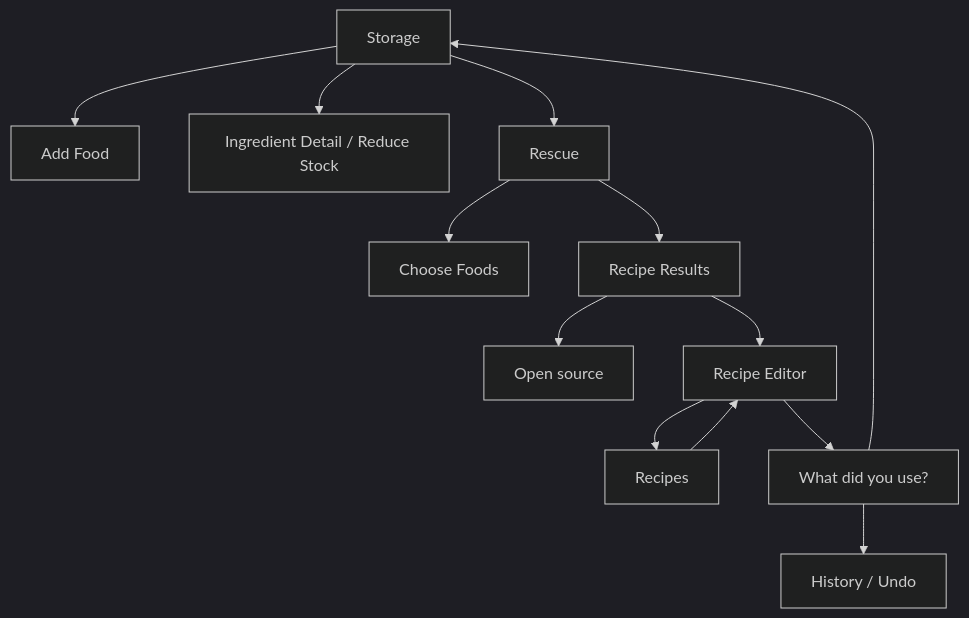
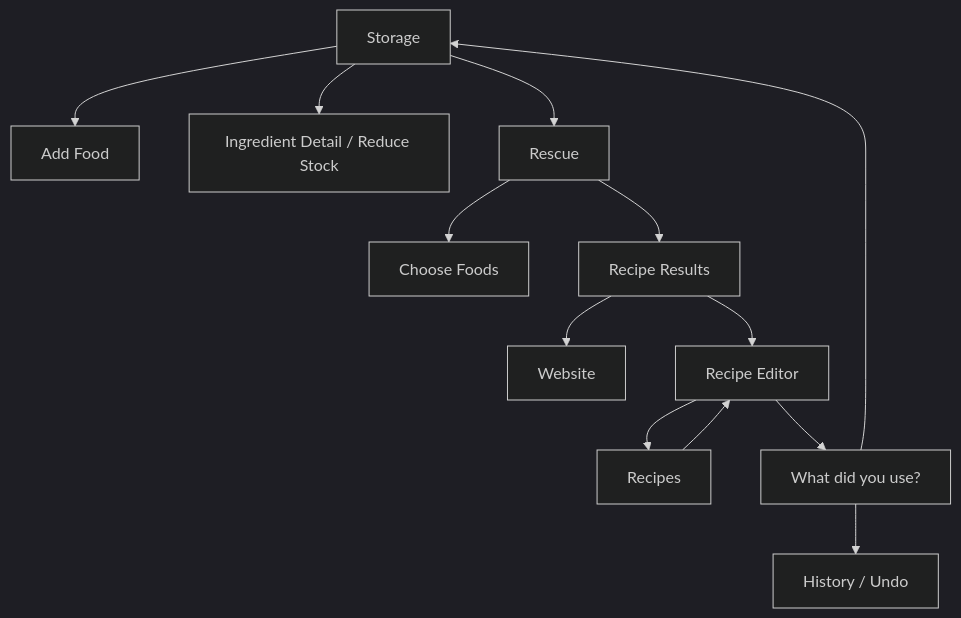
One commit to jyfmidi/FridgePal changed the diagram in docs/UX_SPEC.md. Above: the diagram before and after it, drawn with Mermaid (dark theme). The commit also changed other lines of this file and 52 other files, not shown here.

````diff
--- a/docs/UX_SPEC.md
+++ b/docs/UX_SPEC.md
@@ -33,15 +33,15 @@
 ```mermaid
 flowchart TD
     S["Storage"] --> AF["Add Food"]
     S --> ID["Ingredient Detail / Reduce Stock"]
     S --> R["Rescue"]
     R --> P["Choose Foods"]
     R --> RS["Recipe Results"]
-    RS --> EXT["Open source"]
+    RS --> EXT["Website"]
     RS --> RE["Recipe Editor"]
     REC["Recipes"] --> RE
     RE --> REC
     RE --> C["What did you use?"]
     C --> S
     C --> H["History / Undo"]
 ```
````
